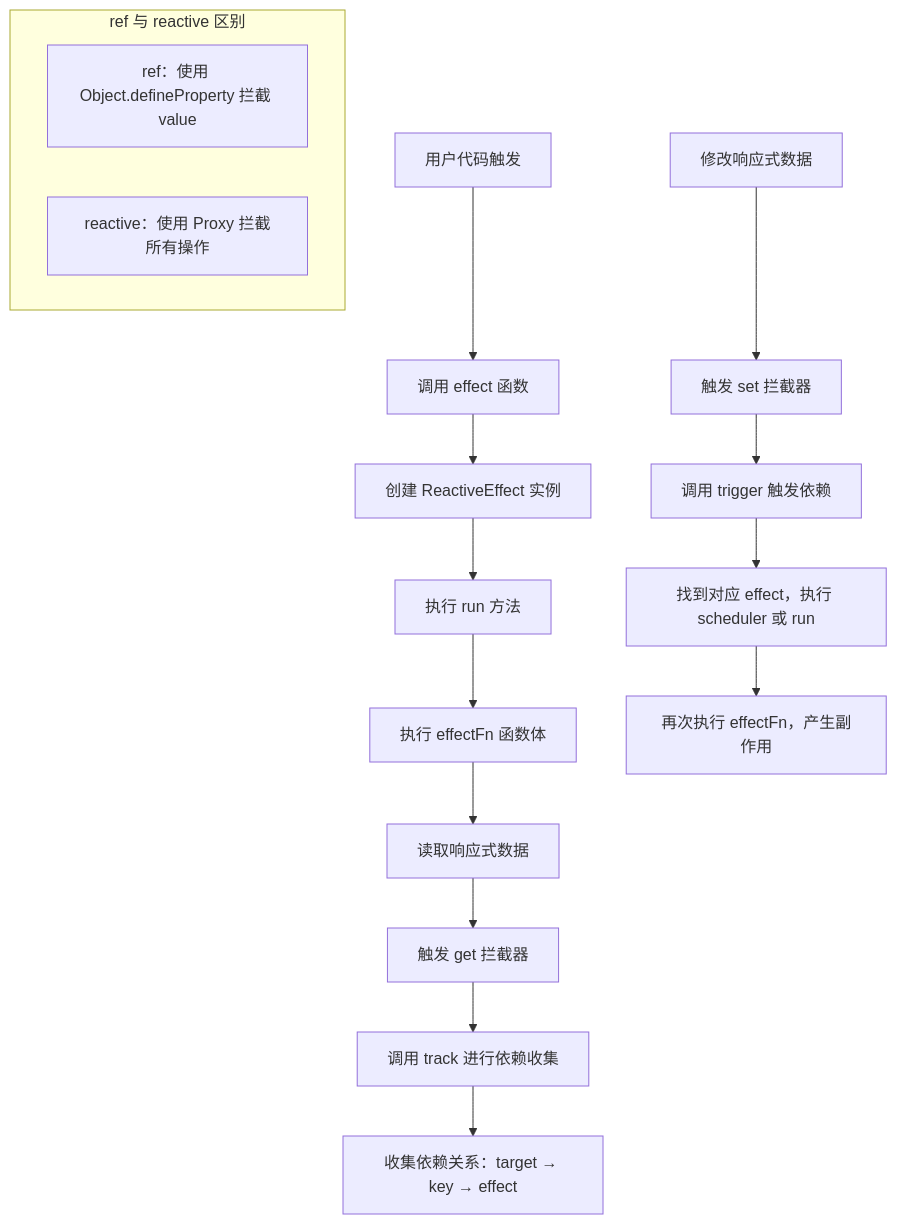
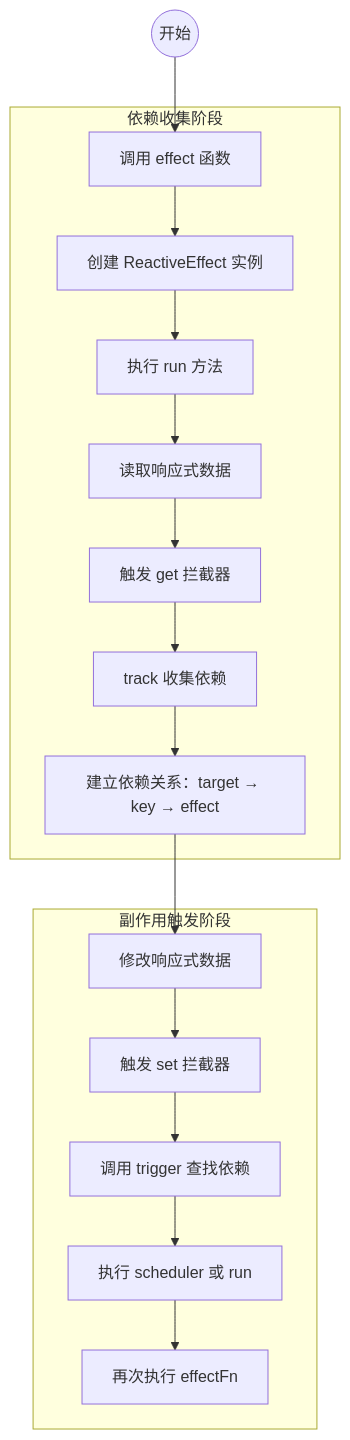
The first of 9 diagrams in vue/响应式系统设计.md (hzjswlgbsj/blog), drawn with Mermaid before and after one commit. The commit also changed 1 other file, not shown here.

Commit message:
feat: 增加 vue 渲染机制解读

````diff
--- a/vue/响应式系统设计.md
+++ b/vue/响应式系统设计.md
@@ -356,20 +356,21 @@
 ```mermaid
 graph TD
-  A[用户代码触发] --> B[调用 effect 函数]
-  B --> C[创建 ReactiveEffect 实例]
-  C --> D[执行 run 方法]
-  D --> E[执行 effectFn 函数体]
-  E --> F[读取响应式数据]
-  F --> G[触发 get 拦截器]
-  G --> H[调用 track 进行依赖收集]
-  H --> I[收集依赖关系：target → key → effect]
-  J[修改响应式数据] --> K[触发 set 拦截器]
-  K --> L[调用 trigger 触发依赖]
-  L --> M[找到对应 effect，执行 scheduler 或 run]
-  M --> N[再次执行 effectFn，产生副作用]
-
-  subgraph ref 与 reactive 区别
-    O[ref：使用 Object.defineProperty 拦截 value]
-    P[reactive：使用 Proxy 拦截所有操作]
+  %% 虚拟起始节点用于对齐两个 subgraph
+  start((开始))
+  start --> A1
+  subgraph 依赖收集阶段
+    A1[调用 effect 函数] --> A2[创建 ReactiveEffect 实例]
+    A2 --> A3[执行 run 方法]
+    A3 --> A4[读取响应式数据]
+    A4 --> A5[触发 get 拦截器]
+    A5 --> A6[track 收集依赖]
+    A6 --> A7[建立依赖关系：target → key → effect]
+  end
+  A7 --> B1
+  subgraph 副作用触发阶段
+    B1[修改响应式数据] --> B2[触发 set 拦截器]
+    B2 --> B3[调用 trigger 查找依赖]
+    B3 --> B4[执行 scheduler 或 run]
+    B4 --> B5[再次执行 effectFn]
   end
 ```
````
